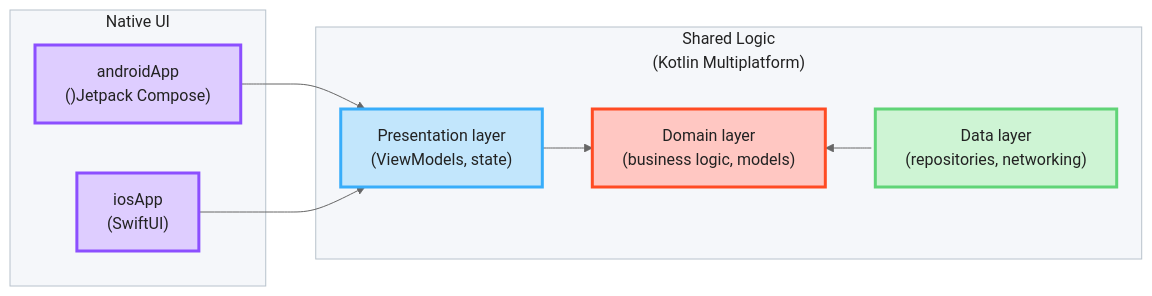
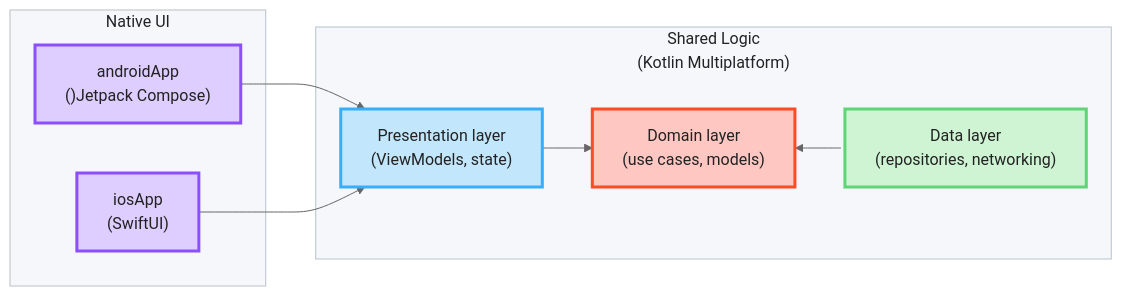
One commit to igorwojda/kmp-showcase changed the first of 3 diagrams in README.md. Above: the diagram before and after it, drawn with Mermaid (neutral theme). The commit also changed other lines of this file and 34 other files, not shown here.

````diff
--- a/README.md
+++ b/README.md
@@ -24,33 +24,33 @@
 ```mermaid
 flowchart LR
     subgraph native["Native UI"]
         android["androidApp<br/>()Jetpack Compose)"]
         ios["iosApp<br/>(SwiftUI)"]
     end
 
     subgraph shared["<div style='text-align:center'>Shared Logic<br/>(Kotlin Multiplatform)</div>"]
         presentation["Presentation layer<br/>(ViewModels, state)"]
-        domain["Domain layer<br/>(business logic, models)"]
+        domain["Domain layer<br/>(use cases, models)"]
         data["Data layer<br/>(repositories, networking)"]
     end
 
     android --> presentation
     ios --> presentation
     presentation --> domain
     domain <--> data
 
     linkStyle 3 marker-end:none;
 
     classDef presentationLayer fill:#C2E6FC,stroke:#38ADFA,stroke-width:3px,color:#222222;
     classDef domainLayer fill:#FFC7C2,stroke:#FF4B23,stroke-width:3px,color:#222222;
     classDef dataLayer fill:#CEF4D4,stroke:#60D477,stroke-width:3px,color:#222222;
     classDef nativeLayer fill:#DECDFF,stroke:#8C4FFF,stroke-width:3px,color:#222222;
 
     class presentation presentationLayer;
     class domain domainLayer;
     class data dataLayer;
     class android,ios nativeLayer;
 
     style native fill:#F5F7FA,stroke:#B8C2CC,color:#222222;
     style shared fill:#F5F7FA,stroke:#B8C2CC,color:#222222;
 ```
````
